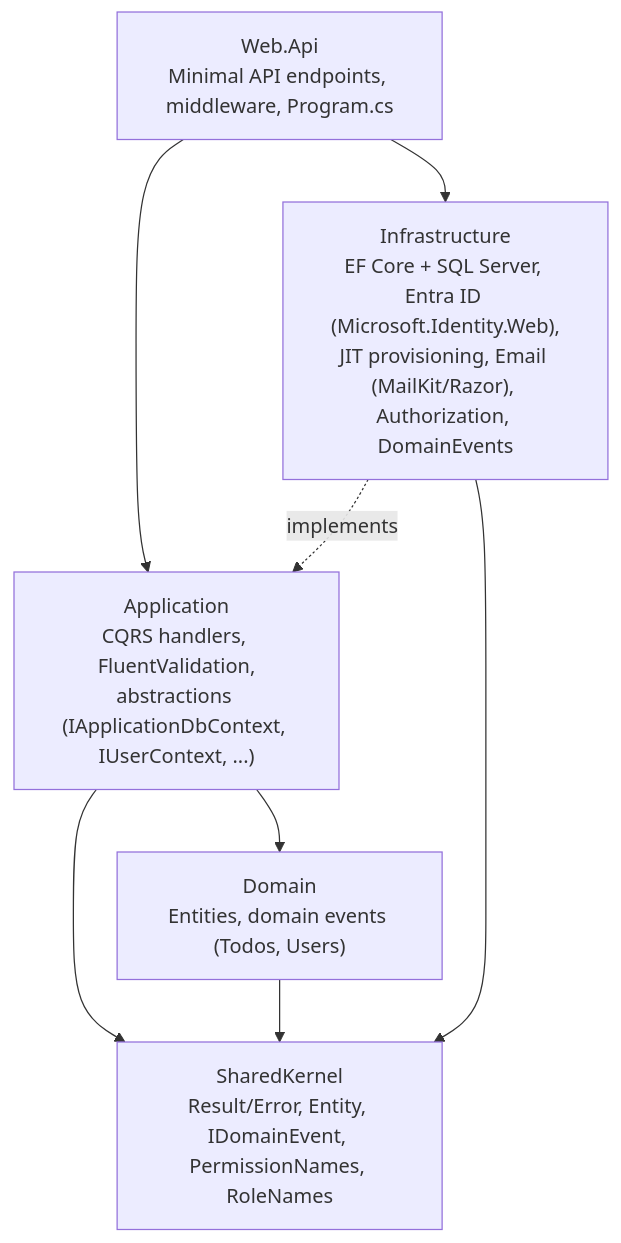
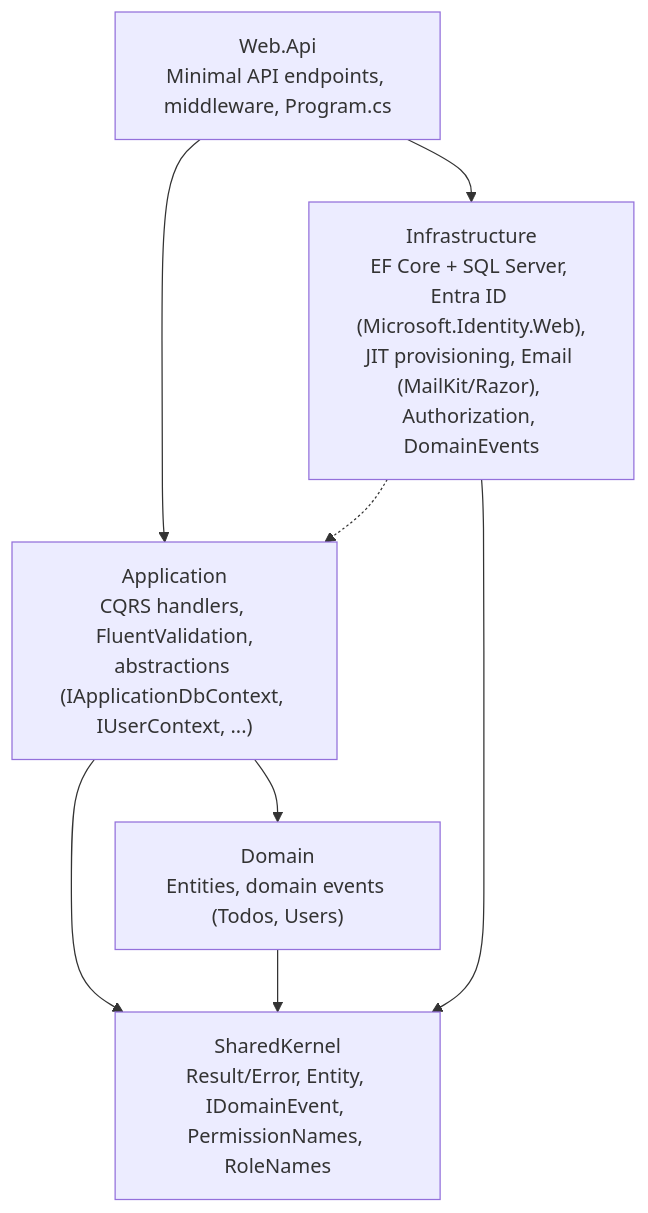
The first of 2 diagrams in README.md (aihernandez/aspire-entra-clean-architecture), drawn with Mermaid before and after one commit. The commit also changed other lines of this file and 6 other files, not shown here.

First line of the commit message:
docs: simplify diagram edges and add Codex copies of the skills

````diff
--- a/README.md
+++ b/README.md
@@ -57,16 +57,16 @@
 ```mermaid
 flowchart TD
     WebApi["Web.Api<br/>Minimal API endpoints, middleware, Program.cs"]
     Infra["Infrastructure<br/>EF Core + SQL Server, Entra ID (Microsoft.Identity.Web),<br/>JIT provisioning, Email (MailKit/Razor), Authorization, DomainEvents"]
     App["Application<br/>CQRS handlers, FluentValidation,<br/>abstractions (IApplicationDbContext, IUserContext, ...)"]
     Domain["Domain<br/>Entities, domain events (Todos, Users)"]
     Shared["SharedKernel<br/>Result/Error, Entity, IDomainEvent, PermissionNames, RoleNames"]
 
     WebApi --> App
     WebApi --> Infra
-    Infra -. implements .-> App
+    Infra -.-> App
     App --> Domain
     App --> Shared
     Domain --> Shared
     Infra --> Shared
 ```
````
